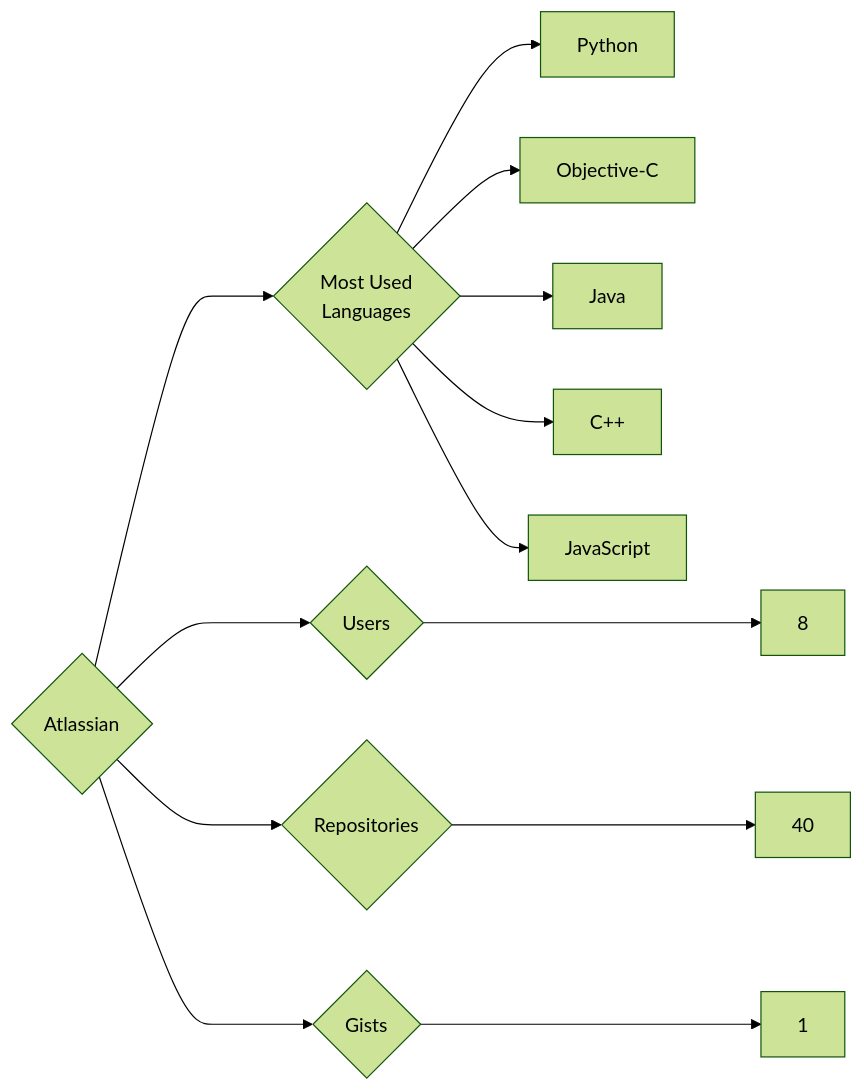
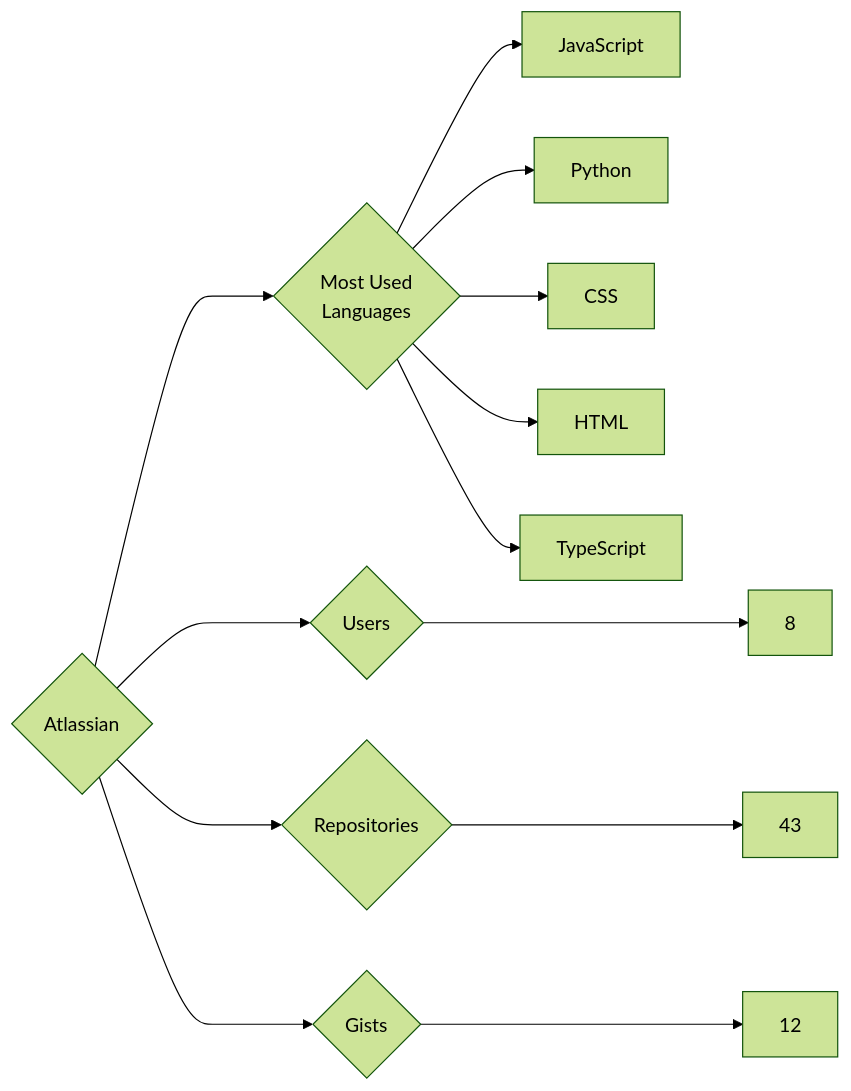
The diagram in targets/Atlassian/README.md (trickest/insiders), drawn with Mermaid (forest theme) before and after one commit. The commit also changed 1023 other files, not shown here.

````diff
--- a/targets/Atlassian/README.md
+++ b/targets/Atlassian/README.md
@@ -3,13 +3,13 @@
 ```mermaid
 graph LR
 COMPANY_NAME{Atlassian}
 COMPANY_NAME ---> U{Users} ---> UN[8]
-COMPANY_NAME ---> R{Repositories} ---> RN[40]
-COMPANY_NAME ---> G{Gists} ---> GN[1]
+COMPANY_NAME ---> R{Repositories} ---> RN[43]
+COMPANY_NAME ---> G{Gists} ---> GN[12]
 COMPANY_NAME ---> ML{Most Used<br>Languages}
+ML --> JavaScript[JavaScript]
 ML --> Python[Python]
-ML --> Objective-C[Objective-C]
-ML --> Java[Java]
-ML --> C++[C++]
-ML --> JavaScript[JavaScript]
+ML --> CSS[CSS]
+ML --> HTML[HTML]
+ML --> TypeScript[TypeScript]
 ```
````
